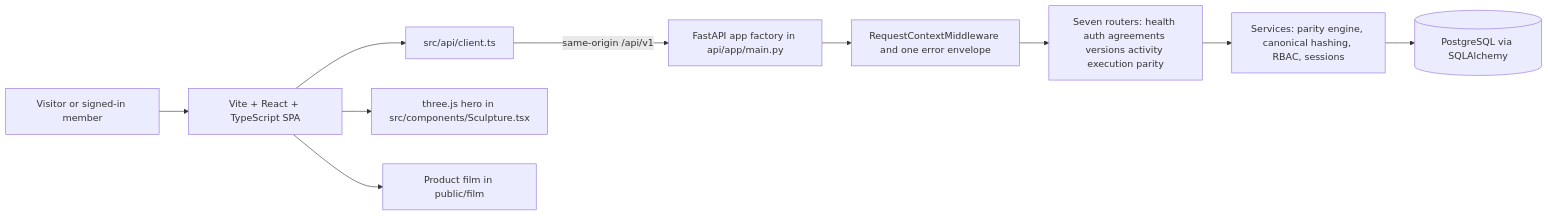
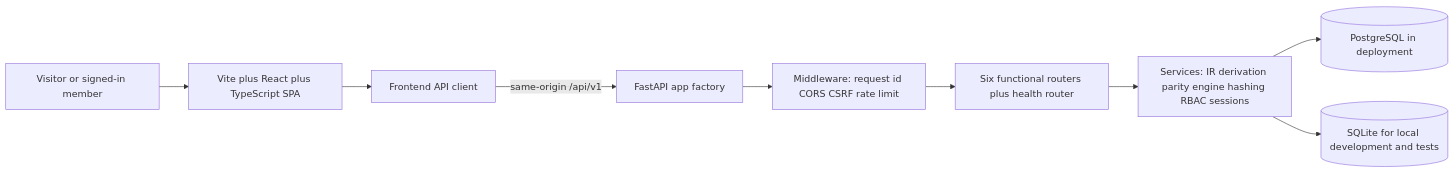
Before and after one commit to the-nidhi-bhat/LEXORA-LegalX: the first of 4 diagrams in README.md, drawn with Mermaid. The commit also changed other lines of this file and 40 other files, not shown here.

````diff
--- a/README.md
+++ b/README.md
@@ -88,12 +102,11 @@
 ```mermaid
 flowchart LR
-    U[Visitor or signed-in member] --> W[Vite + React + TypeScript SPA]
-    W --> C[src/api/client.ts]
-    C -->|same-origin /api/v1| A[FastAPI app factory in api/app/main.py]
-    A --> M[RequestContextMiddleware and one error envelope]
-    M --> R[Seven routers: health auth agreements versions activity execution parity]
-    R --> S[Services: parity engine, canonical hashing, RBAC, sessions]
-    S --> D[(PostgreSQL via SQLAlchemy)]
-    W --> T[three.js hero in src/components/Sculpture.tsx]
-    W --> F[Product film in public/film]
+    U["Visitor or signed-in member"] --> W["Vite plus React plus TypeScript SPA"]
+    W --> C["Frontend API client"]
+    C -->|"same-origin /api/v1"| A["FastAPI app factory"]
+    A --> M["Middleware: request id CORS CSRF rate limit"]
+    M --> R["Six functional routers plus health router"]
+    R --> S["Services: IR derivation parity engine hashing RBAC sessions"]
+    S --> D[("PostgreSQL in deployment")]
+    S --> L[("SQLite for local development and tests")]
 ```
````
